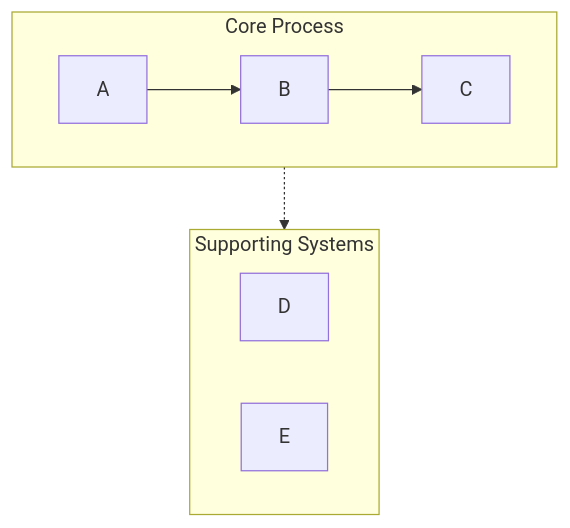
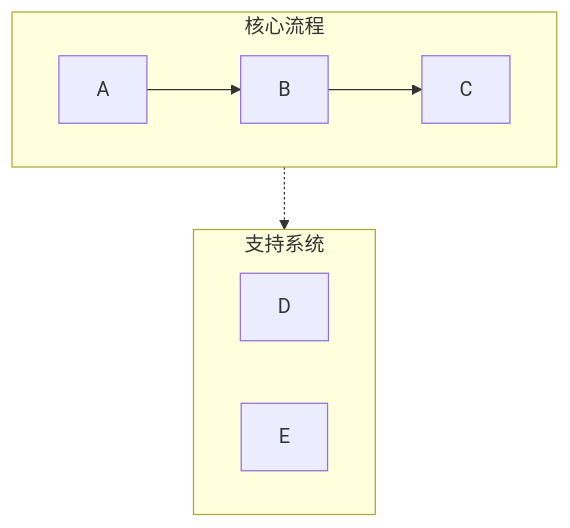
Before and after one commit to liu-qingyuan/skills-sync-lqy: the first of 3 diagrams in skills/lqy-curated/mermaid-visualizer/SKILL.md, drawn with Mermaid. The commit also changed other lines of this file and 1 other file, not shown here.

Commit message:
feat(mermaid-visualizer): localize skill to Chinese

````diff
--- a/skills/lqy-curated/mermaid-visualizer/SKILL.md
+++ b/skills/lqy-curated/mermaid-visualizer/SKILL.md
@@ -231,11 +259,11 @@
 ```mermaid
 graph TB
-    subgraph core["Core Process"]
+    subgraph core["核心流程"]
         A --> B --> C
     end
-    subgraph support["Supporting Systems"]
+    subgraph support["支持系统"]
         D
         E
     end
     core -.-> support
 ```
````
